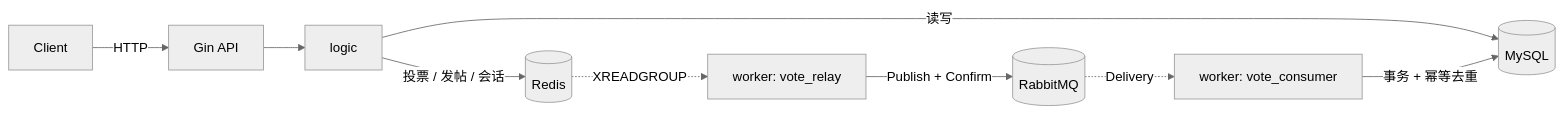
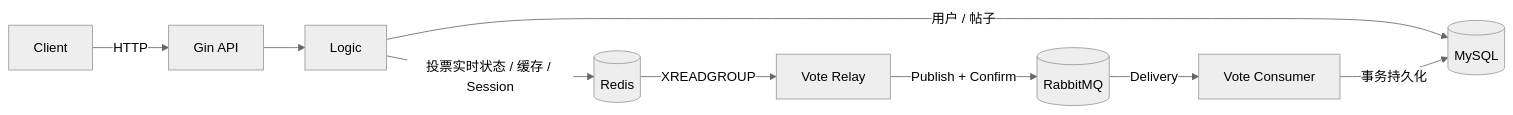
Before and after one commit to scut2024hjt/convo: the first of 2 diagrams in README.md, drawn with Mermaid (neutral theme). The commit also changed other lines of this file, not shown here.

````diff
--- a/README.md
+++ b/README.md
@@ -68,12 +25,13 @@
 ```mermaid
 flowchart LR
-    C["Client"] -->|HTTP| API["Gin API"]
-    API --> L["logic"]
-    L -->|"投票 / 发帖 / 会话"| R[("Redis")]
-    L -->|"读写"| M[("MySQL")]
+    C[Client] -->|HTTP| API[Gin API]
+    API --> L[Logic]
 
-    R -.->|"XREADGROUP"| RELAY["worker: vote_relay"]
-    RELAY -->|"Publish + Confirm"| MQ[("RabbitMQ")]
-    MQ -.->|"Delivery"| CONS["worker: vote_consumer"]
-    CONS -->|"事务 + 幂等去重"| M
+    L -->|用户 / 帖子| M[(MySQL)]
+    L -->|投票实时状态 / 缓存 / Session| R[(Redis)]
+
+    R -->|XREADGROUP| RELAY[Vote Relay]
+    RELAY -->|Publish + Confirm| MQ[(RabbitMQ)]
+    MQ -->|Delivery| CONSUMER[Vote Consumer]
+    CONSUMER -->|事务持久化| M
 ```
````
